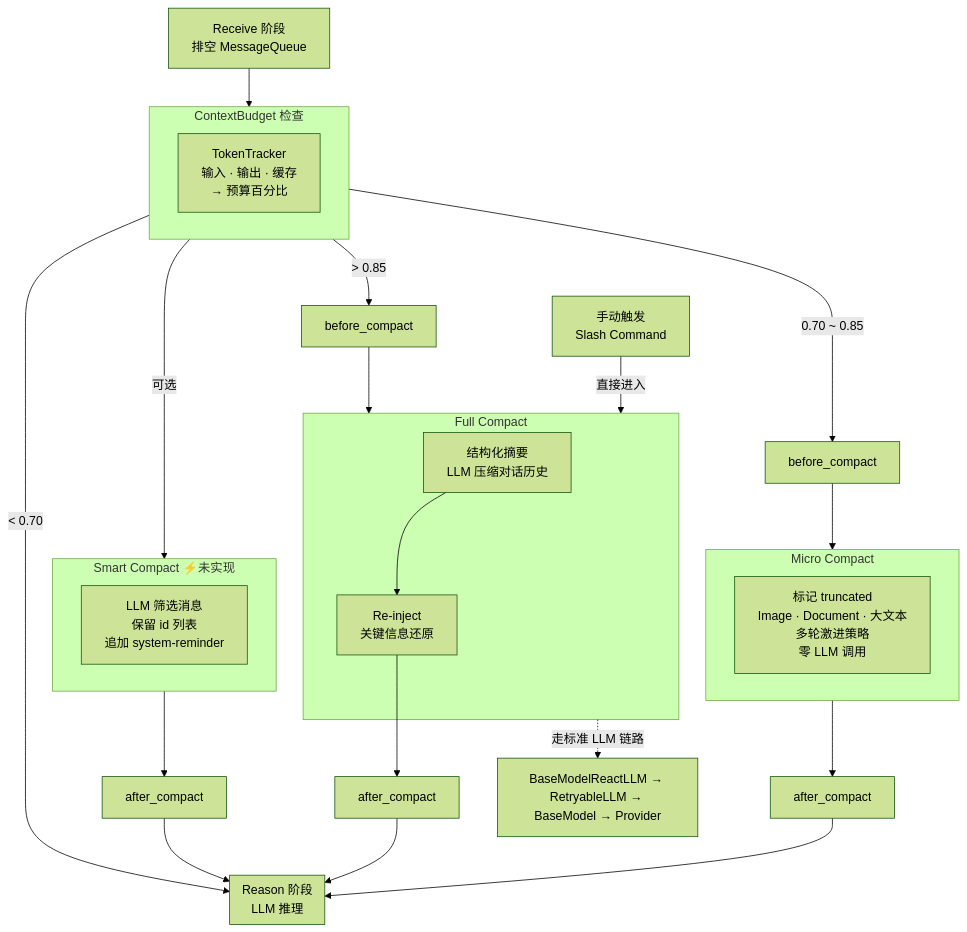
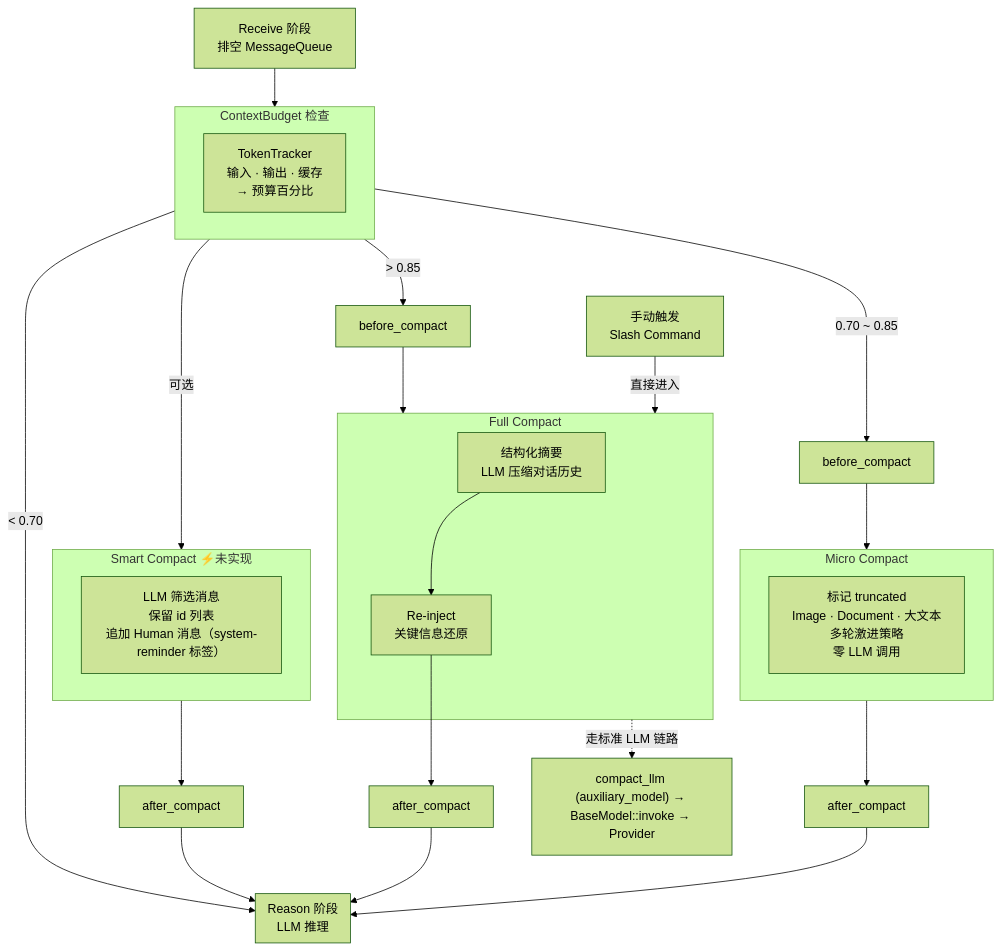
The diagram in docs/design/peri-agent-compact-v2.md (KonghaYao/peri), drawn with Mermaid (forest theme) before and after one commit. The commit also changed other lines of this file and 22 other files, not shown here.

````diff
--- a/docs/design/peri-agent-compact-v2.md
+++ b/docs/design/peri-agent-compact-v2.md
@@ -19,47 +19,47 @@
 ```mermaid
 graph TB
     RECEIVE["Receive 阶段<br/>排空 MessageQueue"]
     RECEIVE --> BUDGET
 
     subgraph BUDGET["ContextBudget 检查"]
         TRACKER["TokenTracker<br/>输入 · 输出 · 缓存<br/>→ 预算百分比"]
     end
 
     BUDGET -->|"< 0.70"| REASON
     BUDGET -->|"0.70 ~ 0.85"| HOOK_BEFORE1["before_compact"]
     BUDGET -->|"> 0.85"| HOOK_BEFORE2["before_compact"]
 
     MANUAL["手动触发<br/>Slash Command"] -->|"直接进入"| FULL
 
     HOOK_BEFORE1 --> MICRO
     HOOK_BEFORE2 --> FULL
 
     subgraph MICRO["Micro Compact"]
         TRUNC["标记 truncated<br/>Image · Document · 大文本<br/>多轮激进策略<br/>零 LLM 调用"]
     end
 
     subgraph FULL["Full Compact"]
         SUMMARY["结构化摘要<br/>LLM 压缩对话历史"]
         REINJECT["Re-inject<br/>关键信息还原"]
         SUMMARY --> REINJECT
     end
 
     subgraph SMART["Smart Compact  ⚡未实现"]
-        SELECT["LLM 筛选消息<br/>保留 id 列表<br/>追加 system-reminder"]
+        SELECT["LLM 筛选消息<br/>保留 id 列表<br/>追加 Human 消息（system-reminder 标签）"]
     end
 
     BUDGET -->|"可选"| SMART
 
     MICRO --> HOOK_AFTER1["after_compact"]
     REINJECT --> HOOK_AFTER2["after_compact"]
     SMART --> HOOK_AFTER3["after_compact"]
 
     HOOK_AFTER1 --> REASON
     HOOK_AFTER2 --> REASON
     HOOK_AFTER3 --> REASON
 
     subgraph REASON["Reason 阶段<br/>LLM 推理"]
     end
 
-    FULL -..->|"走标准 LLM 链路"| LLM_PATH["BaseModelReactLLM → RetryableLLM → BaseModel → Provider"]
+    FULL -..->|"走标准 LLM 链路"| LLM_PATH["compact_llm (auxiliary_model) → BaseModel::invoke → Provider"]
 ```
````
